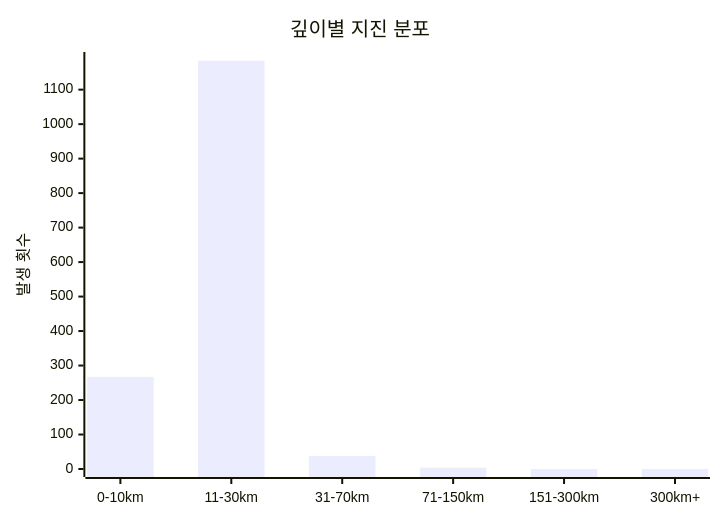
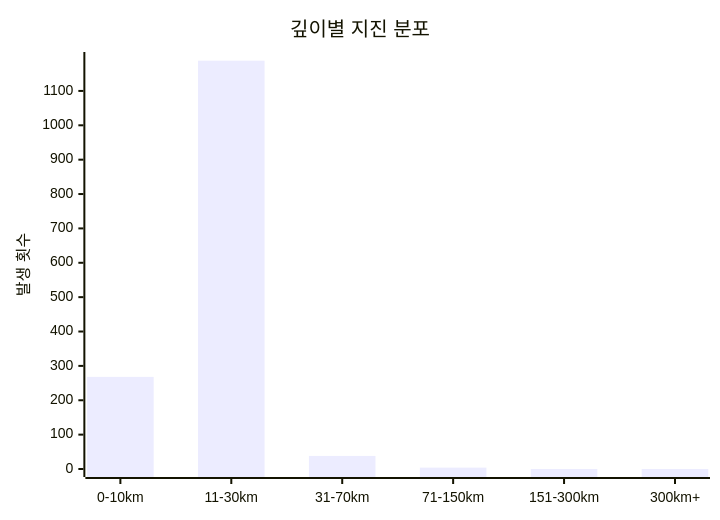
The diagram in charts/depth-chart.md (serendip811/japan-eq), drawn with Mermaid before and after one commit. The commit also changed other lines of this file and 5 other files, not shown here.

Commit message:
Update earthquake data and charts Sun Jul  6 13:10:27 UTC 2025

````diff
--- a/charts/depth-chart.md
+++ b/charts/depth-chart.md
@@ -3,7 +3,7 @@
 ```mermaid
 xychart-beta
     title "깊이별 지진 분포"
     x-axis ["0-10km", "11-30km", "31-70km", "71-150km", "151-300km", "300km+"]
-    y-axis "발생 횟수" 0 --> 1186
-    bar [267, 1184, 38, 4, 0, 0]
+    y-axis "발생 횟수" 0 --> 1190
+    bar [268, 1188, 38, 4, 0, 0]
 ```
````
